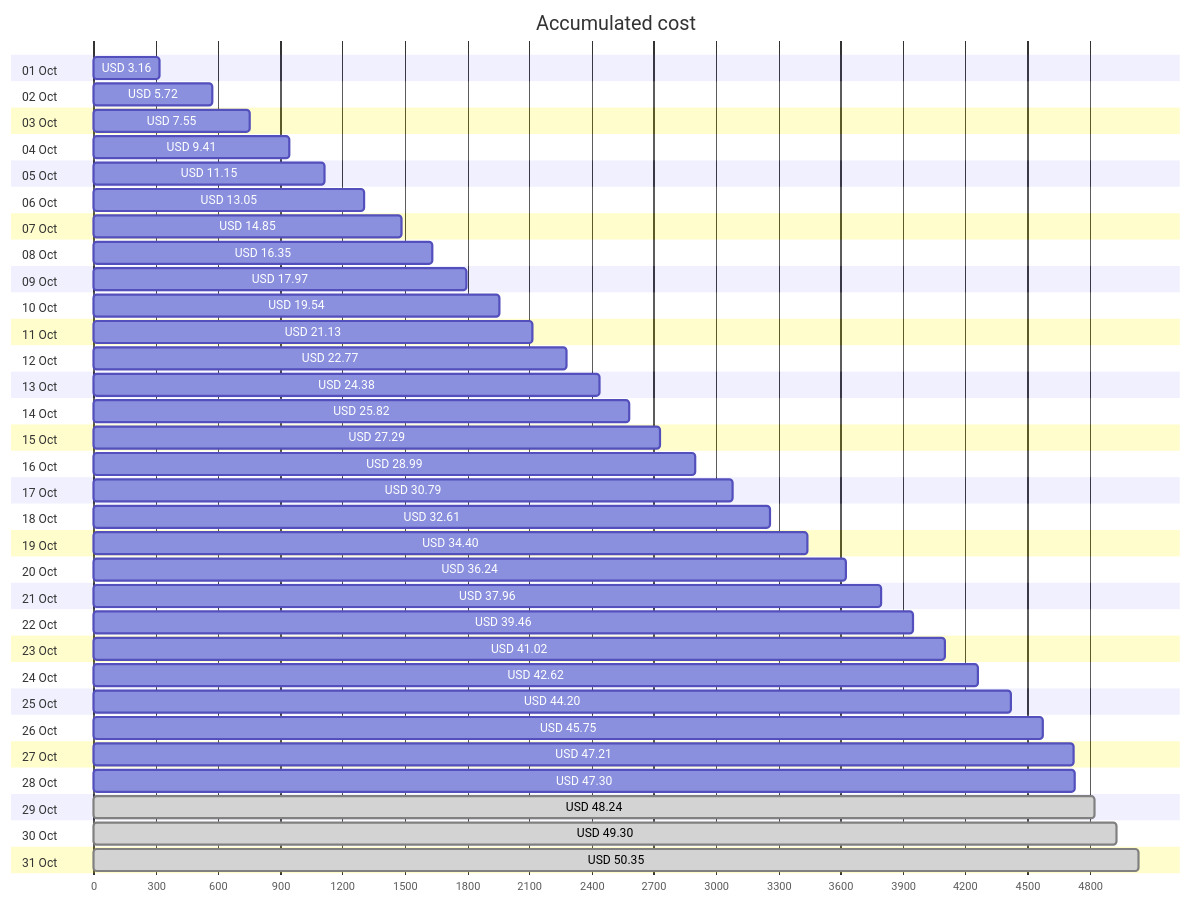
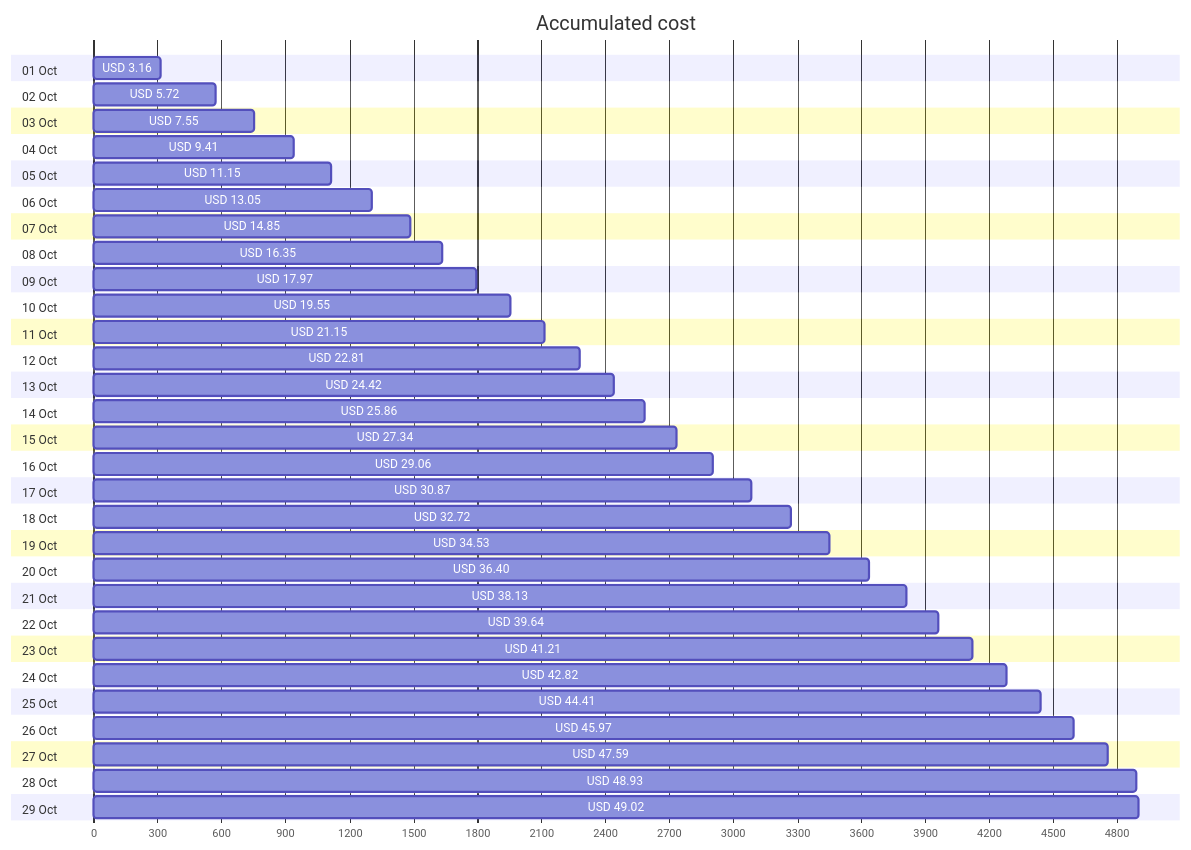
Before and after one commit to jpfulton/azure-personal-reports: the first of 4 diagrams in cost-reports/personal-network/README.md, drawn with Mermaid. The commit also changed other lines of this file and 8 other files, not shown here.

````diff
--- a/cost-reports/personal-network/README.md
+++ b/cost-reports/personal-network/README.md
@@ -20,68 +20,64 @@
 ```mermaid
 gantt
    title Accumulated cost
    dateFormat  X
    axisFormat %s
    section 01 Oct
    USD 3.16 :0, 316
    section 02 Oct
    USD 5.72 :0, 572
    section 03 Oct
    USD 7.55 :0, 755
    section 04 Oct
    USD 9.41 :0, 941
    section 05 Oct
    USD 11.15 :0, 1115
    section 06 Oct
    USD 13.05 :0, 1305
    section 07 Oct
    USD 14.85 :0, 1485
    section 08 Oct
    USD 16.35 :0, 1635
    section 09 Oct
    USD 17.97 :0, 1797
    section 10 Oct
-   USD 19.54 :0, 1954
+   USD 19.55 :0, 1955
    section 11 Oct
-   USD 21.13 :0, 2113
+   USD 21.15 :0, 2115
    section 12 Oct
-   USD 22.77 :0, 2277
+   USD 22.81 :0, 2281
    section 13 Oct
-   USD 24.38 :0, 2438
+   USD 24.42 :0, 2442
    section 14 Oct
-   USD 25.82 :0, 2582
+   USD 25.86 :0, 2586
    section 15 Oct
-   USD 27.29 :0, 2729
+   USD 27.34 :0, 2734
    section 16 Oct
-   USD 28.99 :0, 2899
+   USD 29.06 :0, 2906
    section 17 Oct
-   USD 30.79 :0, 3079
+   USD 30.87 :0, 3087
    section 18 Oct
-   USD 32.61 :0, 3261
+   USD 32.72 :0, 3272
    section 19 Oct
-   USD 34.40 :0, 3440
+   USD 34.53 :0, 3453
    section 20 Oct
-   USD 36.24 :0, 3624
+   USD 36.40 :0, 3640
    section 21 Oct
-   USD 37.96 :0, 3796
+   USD 38.13 :0, 3813
    section 22 Oct
-   USD 39.46 :0, 3946
+   USD 39.64 :0, 3964
    section 23 Oct
-   USD 41.02 :0, 4102
+   USD 41.21 :0, 4121
    section 24 Oct
-   USD 42.62 :0, 4262
+   USD 42.82 :0, 4282
    section 25 Oct
-   USD 44.20 :0, 4420
+   USD 44.41 :0, 4441
    section 26 Oct
-   USD 45.75 :0, 4575
+   USD 45.97 :0, 4597
    section 27 Oct
-   USD 47.21 :0, 4721
+   USD 47.59 :0, 4759
    section 28 Oct
-   USD 47.30 :0, 4730
+   USD 48.93 :0, 4893
    section 29 Oct
-   USD 48.24 : done, 0, 4824
-   section 30 Oct
-   USD 49.30 : done, 0, 4930
-   section 31 Oct
-   USD 50.35 : done, 0, 5035
+   USD 49.02 :0, 4902
 ```
````
